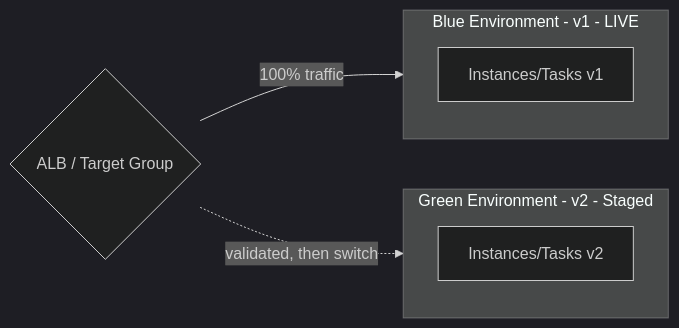
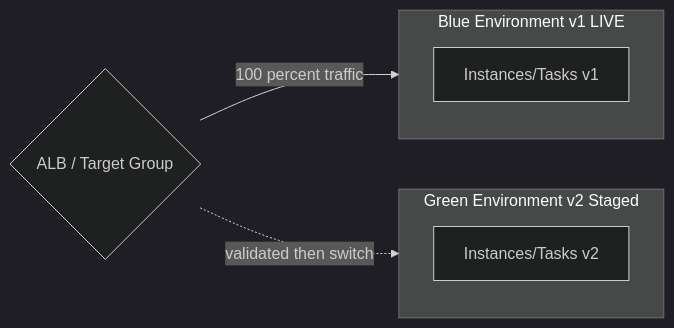
One commit to vilasvarghesescaler/CompanySpecific changed the ninth of 12 diagrams in IamDistributor.md. Above: the diagram before and after it, drawn with Mermaid (dark theme). The commit also changed other lines of this file, not shown here.

````diff
--- a/IamDistributor.md
+++ b/IamDistributor.md
@@ -313,12 +323,12 @@
 ```mermaid
 flowchart LR
     ALB{ALB / Target Group}
-    subgraph Blue["Blue Environment - v1 - LIVE"]
+    subgraph Blue["Blue Environment v1 LIVE"]
         B1[Instances/Tasks v1]
     end
-    subgraph Green["Green Environment - v2 - Staged"]
+    subgraph Green["Green Environment v2 Staged"]
         G1[Instances/Tasks v2]
     end
-    ALB -- 100% traffic --> Blue
-    ALB -. validated, then switch .-> Green
+    ALB -- 100 percent traffic --> Blue
+    ALB -. validated then switch .-> Green
 ```
````
